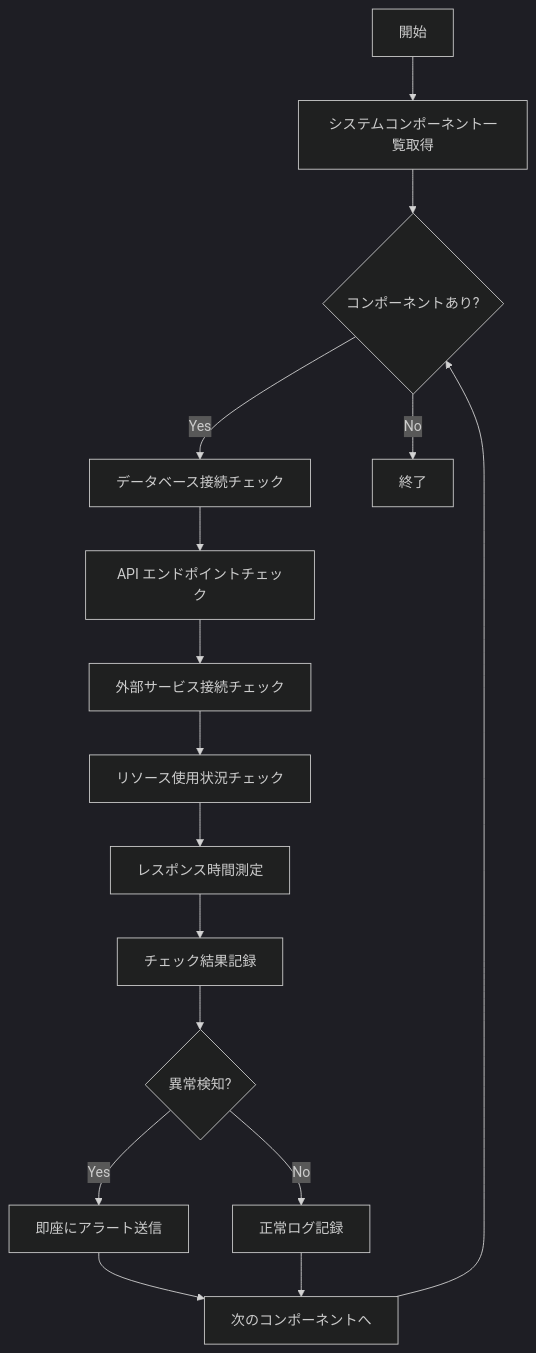
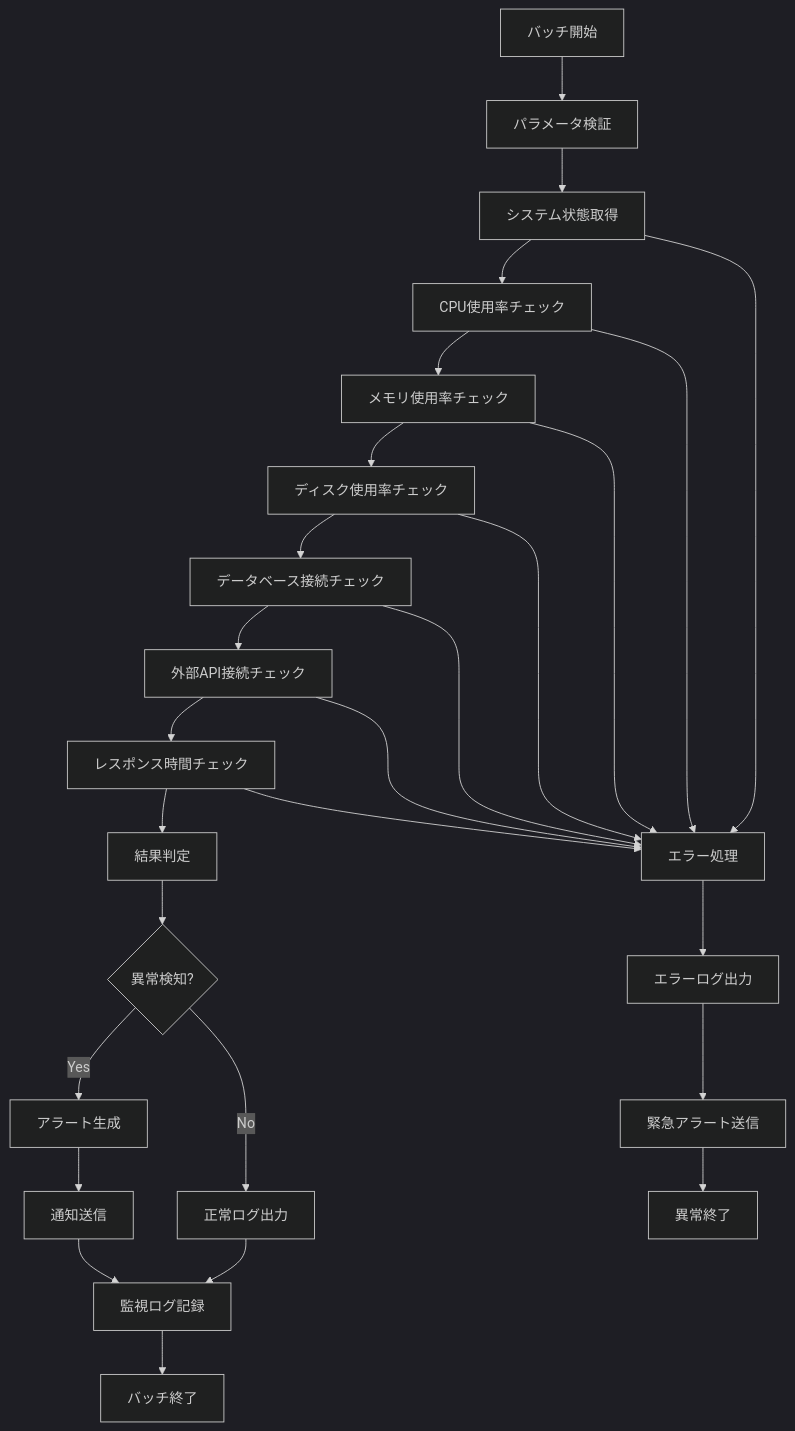
One commit to sas-dx/skill-report-web changed the diagram in docs/design/batch/specs/バッチ定義書_BATCH-001_システムヘルスチェックバッチ.md. Above: the diagram before and after it, drawn with Mermaid (dark theme). The commit also changed other lines of this file and 43 other files, not shown here.

````diff
--- a/docs/design/batch/specs/バッチ定義書_BATCH-001_システムヘルスチェックバッチ.md
+++ b/docs/design/batch/specs/バッチ定義書_BATCH-001_システムヘルスチェックバッチ.md
@@ -21,18 +56,30 @@
 ```mermaid
 flowchart TD
-    A[開始] --> B[システムコンポーネント一覧取得]
-    B --> C{コンポーネントあり?}
-    C -->|Yes| D[データベース接続チェック]
-    C -->|No| Z[終了]
-    D --> E[API エンドポイントチェック]
-    E --> F[外部サービス接続チェック]
-    F --> G[リソース使用状況チェック]
-    G --> H[レスポンス時間測定]
-    H --> I[チェック結果記録]
-    I --> J{異常検知?}
-    J -->|Yes| K[即座にアラート送信]
-    J -->|No| L[正常ログ記録]
-    K --> M[次のコンポーネントへ]
-    L --> M
-    M --> C
+    A[バッチ開始] --> B[パラメータ検証]
+    B --> C[システム状態取得]
+    C --> D[CPU使用率チェック]
+    D --> E[メモリ使用率チェック]
+    E --> F[ディスク使用率チェック]
+    F --> G[データベース接続チェック]
+    G --> H[外部API接続チェック]
+    H --> I[レスポンス時間チェック]
+    I --> J[結果判定]
+    J --> K{異常検知?}
+    K -->|Yes| L[アラート生成]
+    K -->|No| M[正常ログ出力]
+    L --> N[通知送信]
+    N --> O[監視ログ記録]
+    M --> O
+    O --> P[バッチ終了]
+    
+    C --> Q[エラー処理]
+    D --> Q
+    E --> Q
+    F --> Q
+    G --> Q
+    H --> Q
+    I --> Q
+    Q --> R[エラーログ出力]
+    R --> S[緊急アラート送信]
+    S --> T[異常終了]
 ```
````
